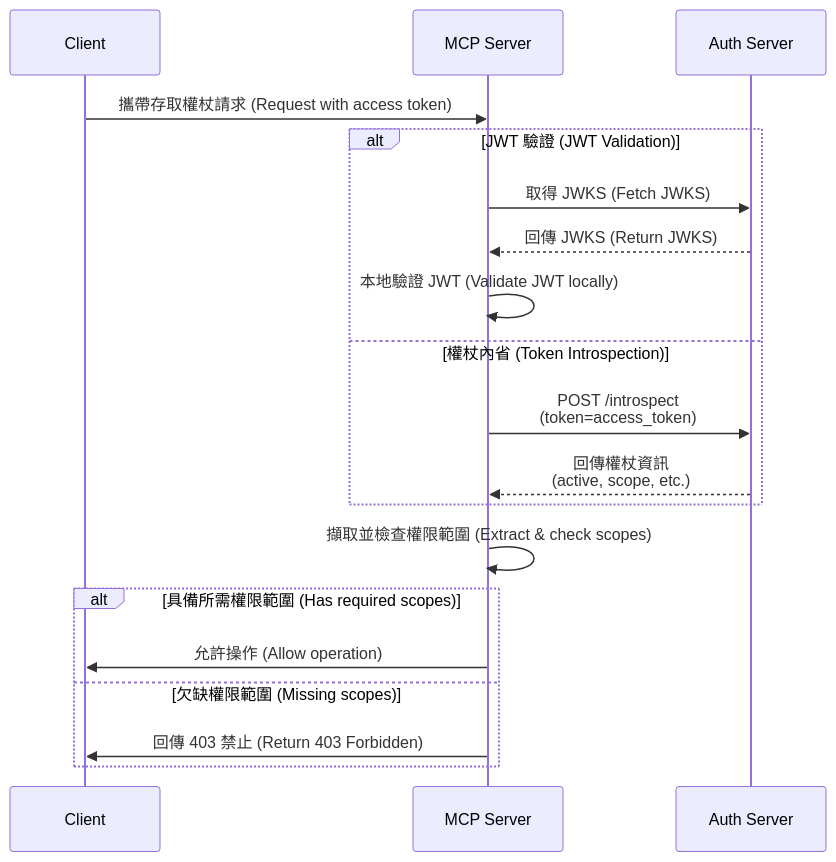
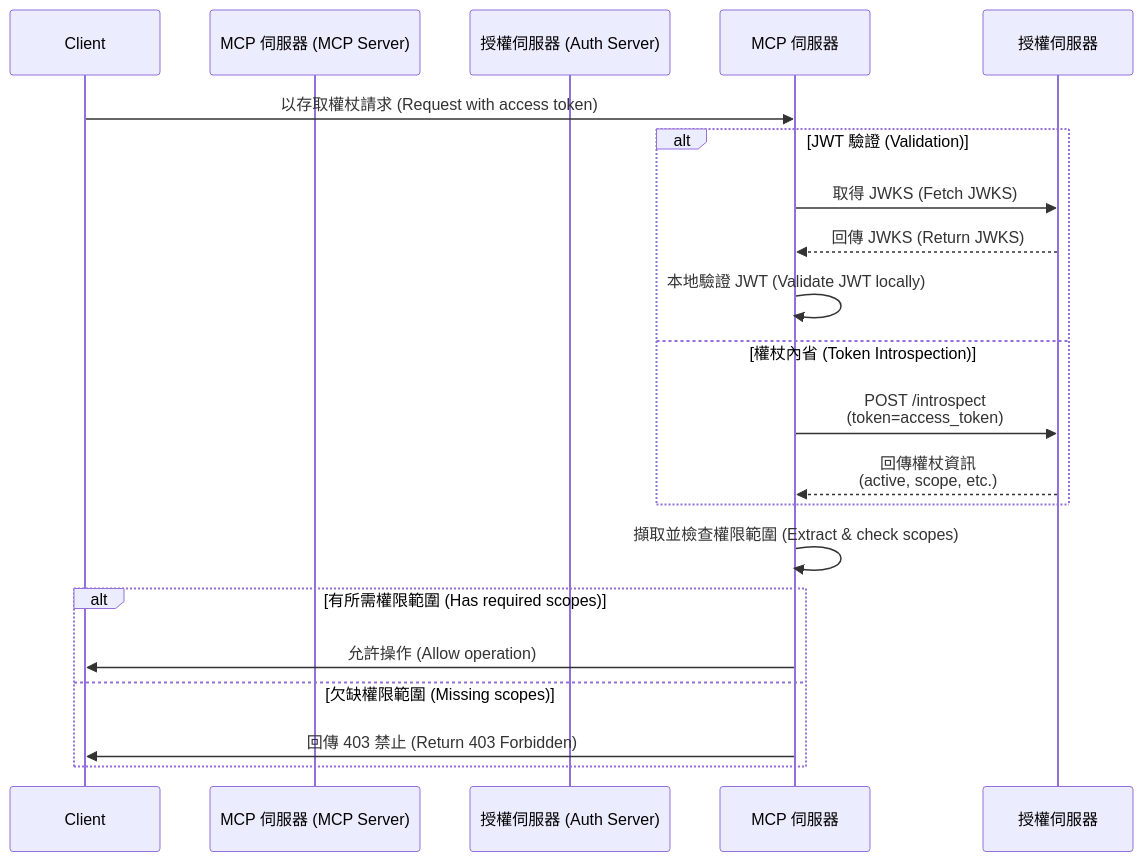
Before and after one commit to mcp-auth/docs: the second of 2 diagrams in i18n/zh-TW/docusaurus-plugin-content-docs/current/tutorials/todo-manager/README.mdx, drawn with Mermaid. The commit also changed other lines of this file and 17 other files, not shown here.

````diff
--- a/i18n/zh-TW/docusaurus-plugin-content-docs/current/tutorials/todo-manager/README.mdx
+++ b/i18n/zh-TW/docusaurus-plugin-content-docs/current/tutorials/todo-manager/README.mdx
@@ -120,25 +159,25 @@
 ```mermaid
 sequenceDiagram
     participant Client
-    participant MCP Server
-    participant Auth Server
+    participant MCP 伺服器 (MCP Server)
+    participant 授權伺服器 (Auth Server)
 
-    Client->>MCP Server: 攜帶存取權杖請求 (Request with access token)
+    Client->>MCP 伺服器: 以存取權杖請求 (Request with access token)
 
-    alt JWT 驗證 (JWT Validation)
-        MCP Server->>Auth Server: 取得 JWKS (Fetch JWKS)
-        Auth Server-->>MCP Server: 回傳 JWKS (Return JWKS)
-        MCP Server->>MCP Server: 本地驗證 JWT (Validate JWT locally)
+    alt JWT 驗證 (Validation)
+        MCP 伺服器->>授權伺服器: 取得 JWKS (Fetch JWKS)
+        授權伺服器-->>MCP 伺服器: 回傳 JWKS (Return JWKS)
+        MCP 伺服器->>MCP 伺服器: 本地驗證 JWT (Validate JWT locally)
     else 權杖內省 (Token Introspection)
-        MCP Server->>Auth Server: POST /introspect<br/>(token=access_token)
-        Auth Server-->>MCP Server: 回傳權杖資訊<br/>(active, scope, etc.)
+        MCP 伺服器->>授權伺服器: POST /introspect<br/>(token=access_token)
+        授權伺服器-->>MCP 伺服器: 回傳權杖資訊<br/>(active, scope, etc.)
     end
 
-    MCP Server->>MCP Server: 擷取並檢查權限範圍 (Extract & check scopes)
+    MCP 伺服器->>MCP 伺服器: 擷取並檢查權限範圍 (Extract & check scopes)
 
-    alt 具備所需權限範圍 (Has required scopes)
-        MCP Server->>Client: 允許操作 (Allow operation)
+    alt 有所需權限範圍 (Has required scopes)
+        MCP 伺服器->>Client: 允許操作 (Allow operation)
     else 欠缺權限範圍 (Missing scopes)
-        MCP Server->>Client: 回傳 403 禁止 (Return 403 Forbidden)
+        MCP 伺服器->>Client: 回傳 403 禁止 (Return 403 Forbidden)
     end
 ```
````
